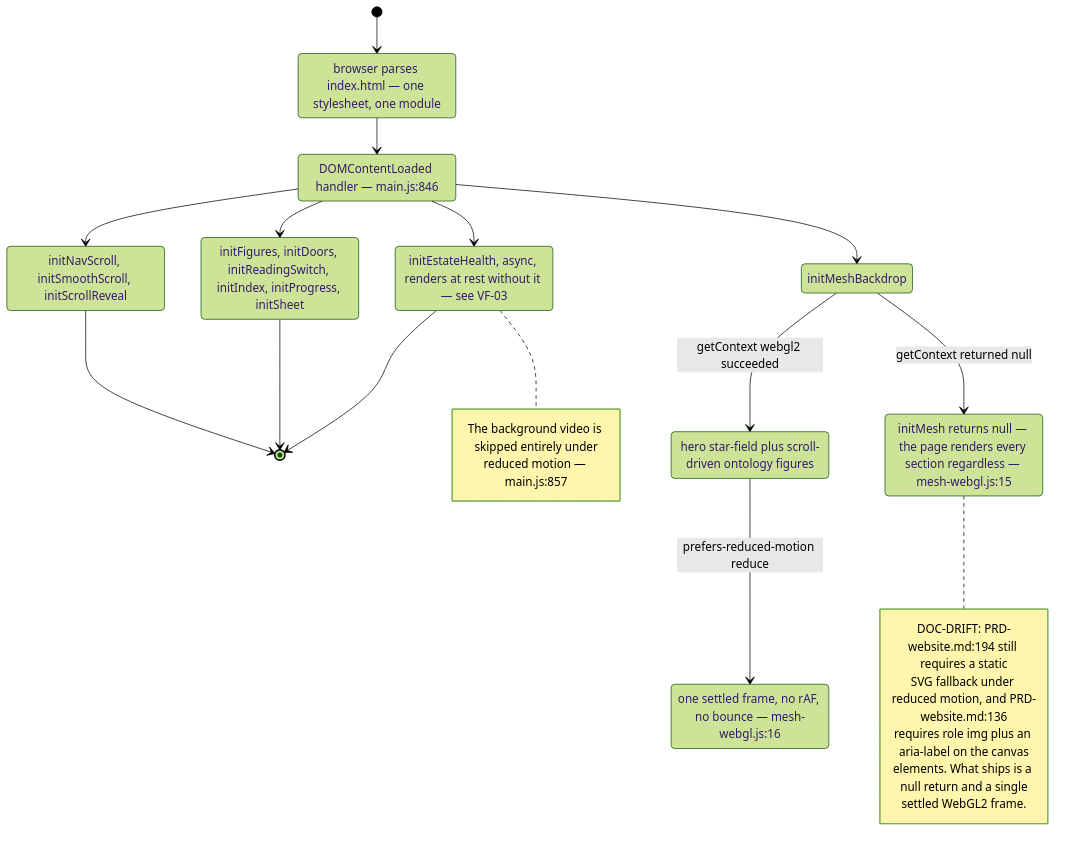
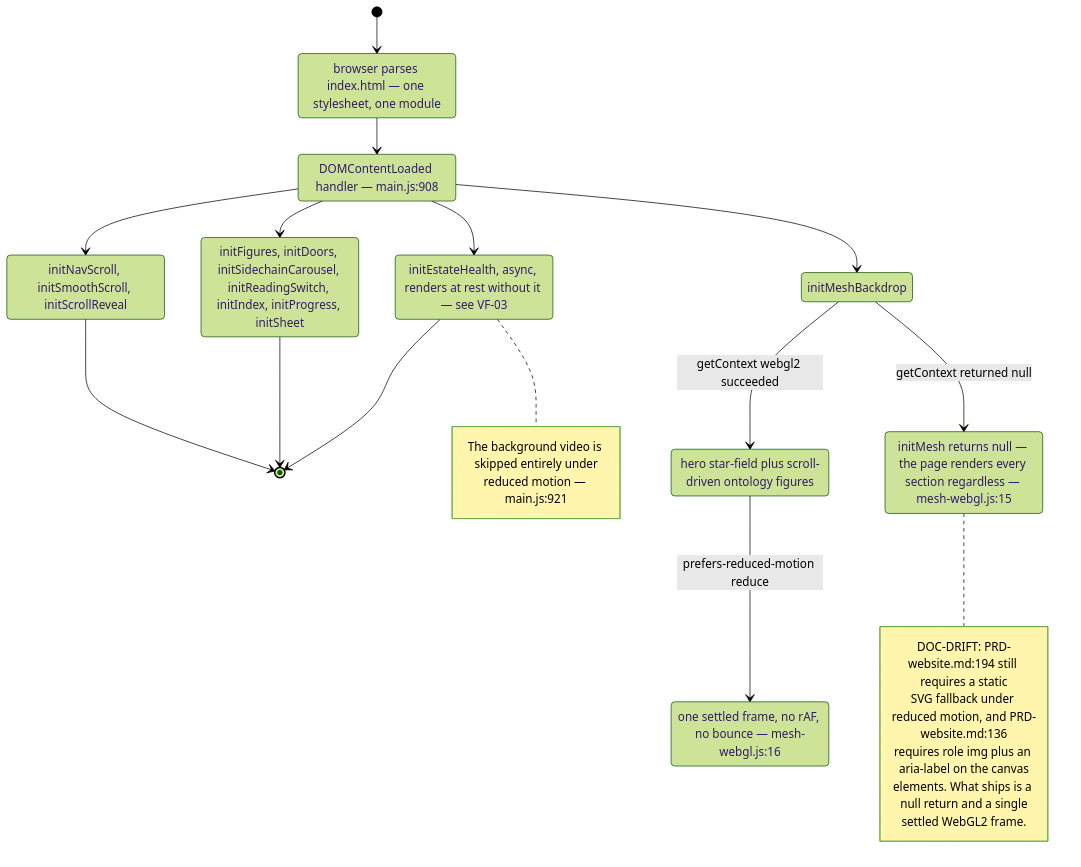
One commit to DreamLab-AI/VisionFlow changed diagram 12 of 12 in docs/diagrams/visionflow/02-website-build-and-deploy.md. Above: the diagram before and after it, drawn with Mermaid (forest theme). The commit also changed other lines of this file and 94 other files, not shown here.

First line of the commit message:
docs(diagrams): re-verify 130 topics against 2 October HEADs

````diff
--- a/docs/diagrams/visionflow/02-website-build-and-deploy.md
+++ b/docs/diagrams/visionflow/02-website-build-and-deploy.md
@@ -338,36 +343,36 @@
 ```mermaid
 stateDiagram-v2
     direction TB
     [*] --> Parse
     state "browser parses index.html — one stylesheet, one module" as Parse
     Parse --> DOMReady
-    state "DOMContentLoaded handler — main.js:846" as DOMReady
+    state "DOMContentLoaded handler — main.js:908" as DOMReady
     DOMReady --> Nav
     DOMReady --> Sections
     DOMReady --> Estate
     DOMReady --> Mesh
     state "initNavScroll, initSmoothScroll, initScrollReveal" as Nav
-    state "initFigures, initDoors, initReadingSwitch, initIndex, initProgress, initSheet" as Sections
+    state "initFigures, initDoors, initSidechainCarousel, initReadingSwitch, initIndex, initProgress, initSheet" as Sections
     state "initEstateHealth, async, renders at rest without it — see VF-03" as Estate
     state "initMeshBackdrop" as Mesh
     Mesh --> WebGL2Yes : getContext webgl2 succeeded
     Mesh --> WebGL2No : getContext returned null
     state "initMesh returns null — the page renders every section regardless — mesh-webgl.js:15" as WebGL2No
     state "hero star-field plus scroll-driven ontology figures" as WebGL2Yes
     WebGL2Yes --> Reduced : prefers-reduced-motion reduce
     state "one settled frame, no rAF, no bounce — mesh-webgl.js:16" as Reduced
     Nav --> [*]
     Sections --> [*]
     Estate --> [*]
     note right of Estate
       The background video is skipped entirely under
-      reduced motion — main.js:857
+      reduced motion — main.js:921
     end note
     note right of WebGL2No
       DOC-DRIFT: PRD-website.md:194 still requires a static
       SVG fallback under reduced motion, and PRD-website.md:136
       requires role img plus an aria-label on the canvas
       elements. What ships is a null return and a single
       settled WebGL2 frame.
     end note
 ```
````
